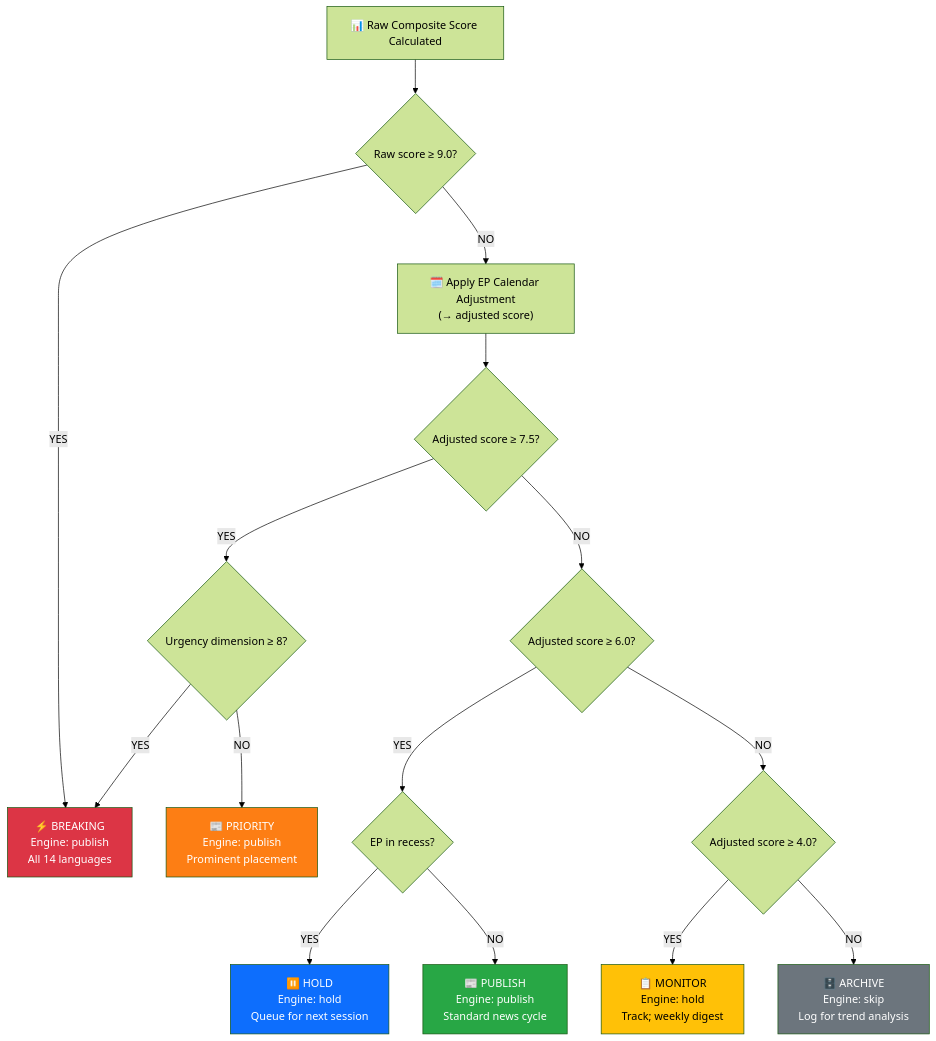
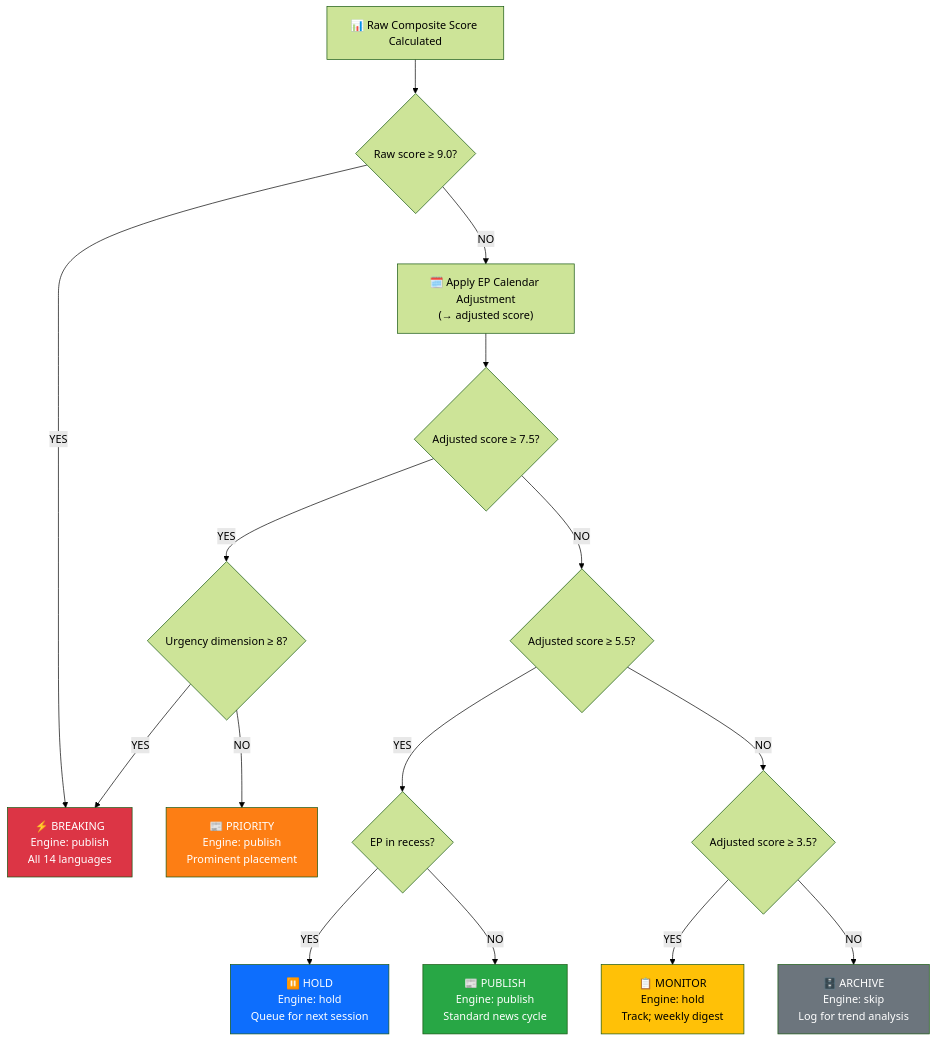
The diagram in analysis/templates/significance-scoring.md (Hack23/euparliamentmonitor), drawn with Mermaid (forest theme) before and after one commit. The commit also changed other lines of this file and 14 other files, not shown here.

````diff
--- a/analysis/templates/significance-scoring.md
+++ b/analysis/templates/significance-scoring.md
@@ -128,24 +128,24 @@
 ```mermaid
 flowchart TD
     START["📊 Raw Composite Score Calculated"] --> Q1{"Raw score ≥ 9.0?"}
     Q1 -->|"YES"| BRK["⚡ BREAKING<br/>Engine: publish<br/>All 14 languages"]
     Q1 -->|"NO"| ADJ["🗓️ Apply EP Calendar Adjustment<br/>(→ adjusted score)"]
     ADJ --> Q2{"Adjusted score ≥ 7.5?"}
     Q2 -->|"YES"| Q2A{"Urgency dimension ≥ 8?"}
     Q2A -->|"YES"| BRK
     Q2A -->|"NO"| PRI["📰 PRIORITY<br/>Engine: publish<br/>Prominent placement"]
-    Q2 -->|"NO"| Q3{"Adjusted score ≥ 6.0?"}
+    Q2 -->|"NO"| Q3{"Adjusted score ≥ 5.5?"}
     Q3 -->|"YES"| Q3A{"EP in recess?"}
     Q3A -->|"YES"| HOLD["⏸️ HOLD<br/>Engine: hold<br/>Queue for next session"]
     Q3A -->|"NO"| PUB["📰 PUBLISH<br/>Engine: publish<br/>Standard news cycle"]
-    Q3 -->|"NO"| Q4{"Adjusted score ≥ 4.0?"}
+    Q3 -->|"NO"| Q4{"Adjusted score ≥ 3.5?"}
     Q4 -->|"YES"| MON["📋 MONITOR<br/>Engine: hold<br/>Track; weekly digest"]
     Q4 -->|"NO"| ARC["🗄️ ARCHIVE<br/>Engine: skip<br/>Log for trend analysis"]
 
     style BRK fill:#dc3545,color:#fff
     style PRI fill:#fd7e14,color:#fff
     style PUB fill:#28a745,color:#fff
     style HOLD fill:#0d6efd,color:#fff
     style MON fill:#ffc107,color:#000
     style ARC fill:#6c757d,color:#fff
 ```
````
